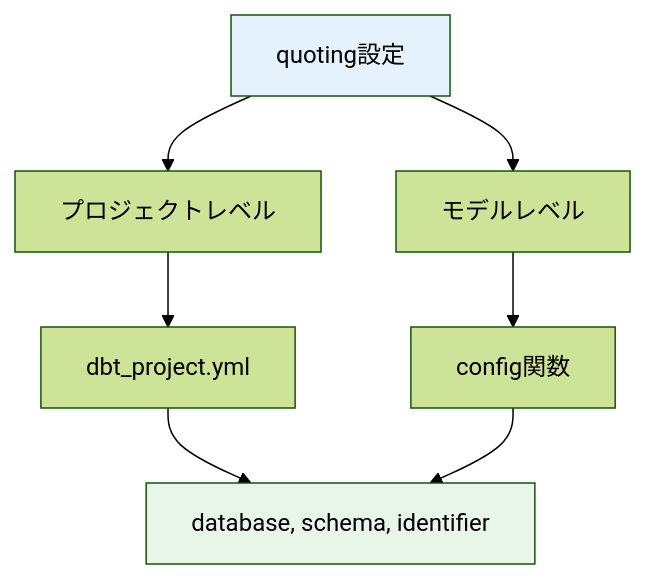
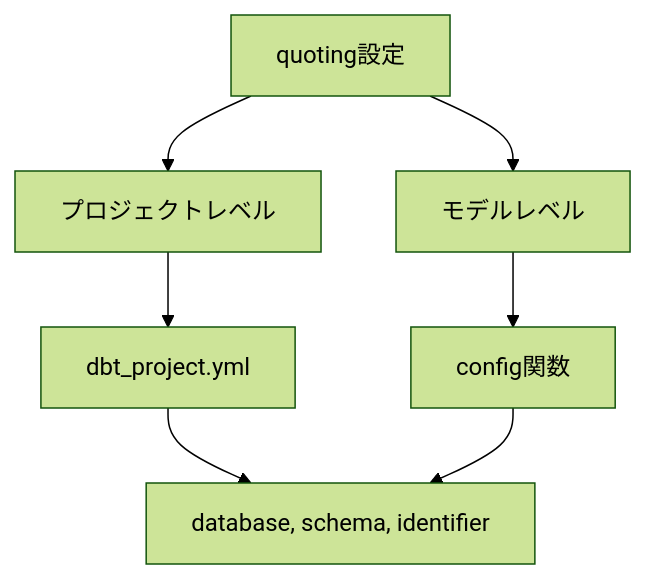
One commit to 1210yuichi0/1210yuichi0.github.io changed the seventh of 11 diagrams in content/Tech/dbt/categories/other-config.md. Above: the diagram before and after it, drawn with Mermaid (forest theme). The commit also changed other lines of this file and 22 other files, not shown here.

First line of the commit message:
style: remove Mermaid style directives for dark mode compatibility

````diff
--- a/content/Tech/dbt/categories/other-config.md
+++ b/content/Tech/dbt/categories/other-config.md
@@ -1200,14 +1177,12 @@
 ```mermaid
 flowchart TD
     A[quoting設定] --> B[プロジェクトレベル]
     A --> C[モデルレベル]
 
     B --> D[dbt_project.yml]
     C --> E[config関数]
 
     D --> F[database, schema, identifier]
     E --> F
 
-    style A fill:#e3f2fd
-    style F fill:#e8f5e9
 ```
````
